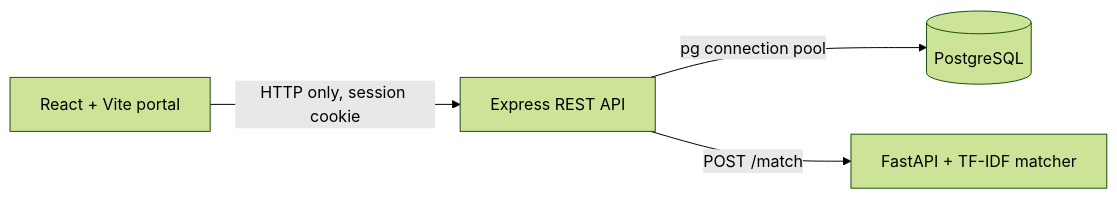
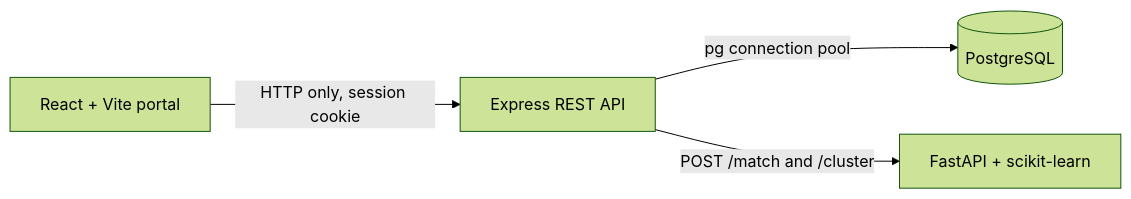
Before and after one commit to RYUO-00/scem-campus-placement-intelligence: the diagram in README.md, drawn with Mermaid (forest theme). The commit also changed other lines of this file and 19 other files, not shown here.

````diff
--- a/README.md
+++ b/README.md
@@ -34,6 +45,6 @@
 ```mermaid
 flowchart LR
   Browser[React + Vite portal] -->|HTTP only, session cookie| API[Express REST API]
   API -->|pg connection pool| DB[(PostgreSQL)]
-  API -->|POST /match| AI[FastAPI + TF-IDF matcher]
+  API -->|POST /match and /cluster| AI[FastAPI + scikit-learn]
 ```
````
